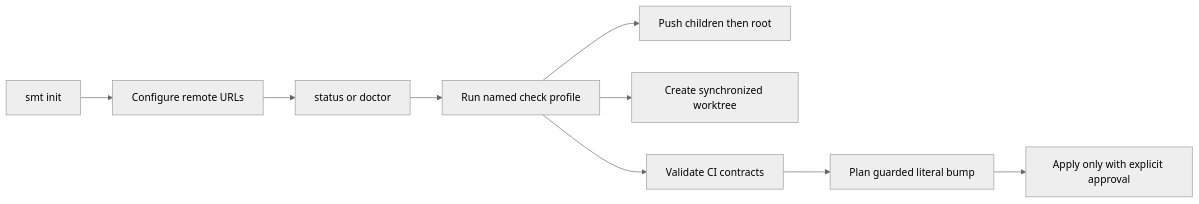
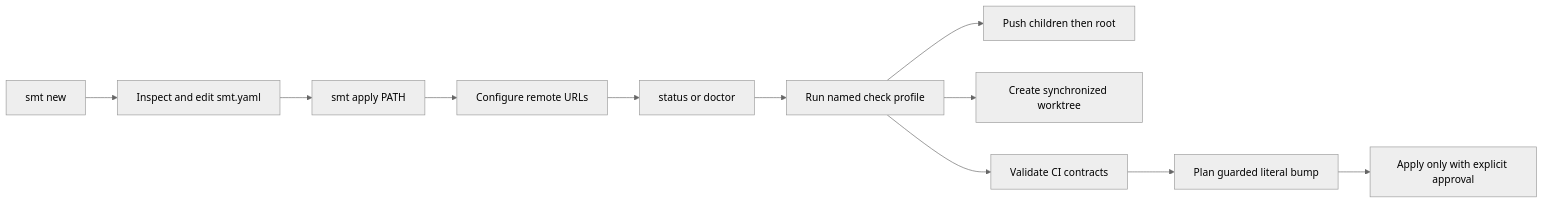
The diagram in docs/00-project/SMT - Product Concept.md (parmcoder/smt), drawn with Mermaid (neutral theme) before and after one commit. The commit also changed other lines of this file and 5 other files, not shown here.

````diff
--- a/docs/00-project/SMT - Product Concept.md
+++ b/docs/00-project/SMT - Product Concept.md
@@ -21,11 +22,13 @@
 ```mermaid
 flowchart LR
-    A[smt init] --> B[Configure remote URLs]
-    B --> C[status or doctor]
-    C --> D[Run named check profile]
-    D --> E[Push children then root]
-    D --> F[Create synchronized worktree]
-    D --> G[Validate CI contracts]
-    G --> H[Plan guarded literal bump]
-    H --> I[Apply only with explicit approval]
+    A[smt new] --> B[Inspect and edit smt.yaml]
+    B --> C[smt apply PATH]
+    C --> D[Configure remote URLs]
+    D --> E[status or doctor]
+    E --> F[Run named check profile]
+    F --> G[Push children then root]
+    F --> H[Create synchronized worktree]
+    F --> I[Validate CI contracts]
+    I --> J[Plan guarded literal bump]
+    J --> K[Apply only with explicit approval]
 ```
````
